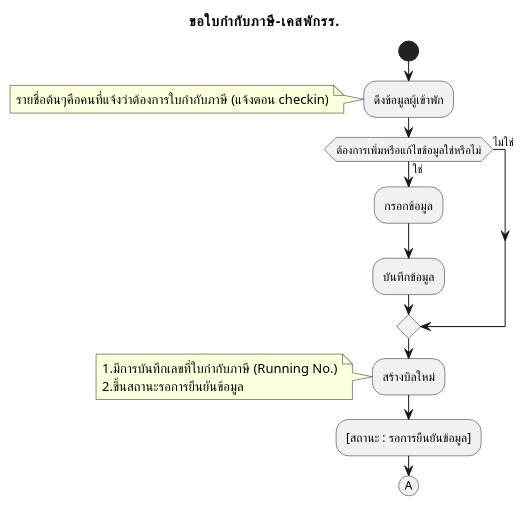
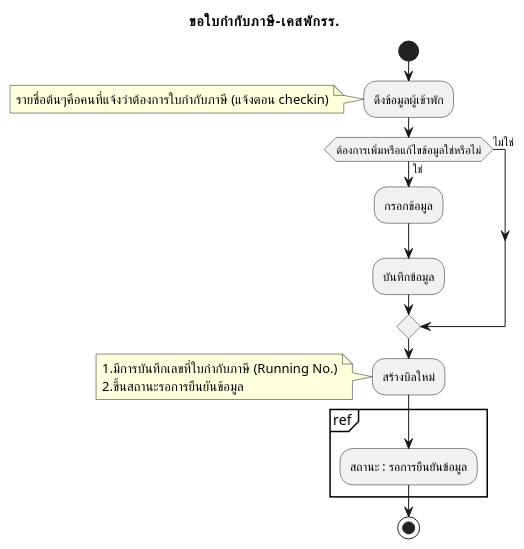
Before and after one commit to cheat13/Prompiman_Diagram: the diagram in activity-diagram/Management/TaxInvoice_normalcase.md, drawn with PlantUML. The commit also changed 8 other files, not shown here.

```diff
--- a/activity-diagram/Management/TaxInvoice_normalcase.md
+++ b/activity-diagram/Management/TaxInvoice_normalcase.md
@@ -1,30 +1,29 @@
 @startuml
 start
 
 title ขอใบกำกับภาษี-เคสพักรร.
 
 :ดึงข้อมูลผู้เข้าพัก;
  note left
  รายชื่อต้นๆคือคนที่แจ้งว่าต้องการใบกำกับภาษี (แจ้งตอน checkin)
  endnote
 
 
 if(ต้องการเพิ่มหรือแก้ไขข้อมูลใช่หรือไม่)then(ใช่)
 :กรอกข้อมูล;
 :บันทึกข้อมูล;
 else(ไม่ใช่)
 endif
 
 :สร้างบิลใหม่;
  note left
  1.มีการบันทึกเลขที่ใบกำกับภาษี (Running No.)
  2.ขึ้นสถานะรอการยืนยันข้อมูล
  endnote
 
-:[สถานะ : รอการยืนยันข้อมูล];
+partition ref {
+:สถานะ : รอการยืนยันข้อมูล;
+}
 
-(A)
-
-
-
+stop
 @enduml
```
